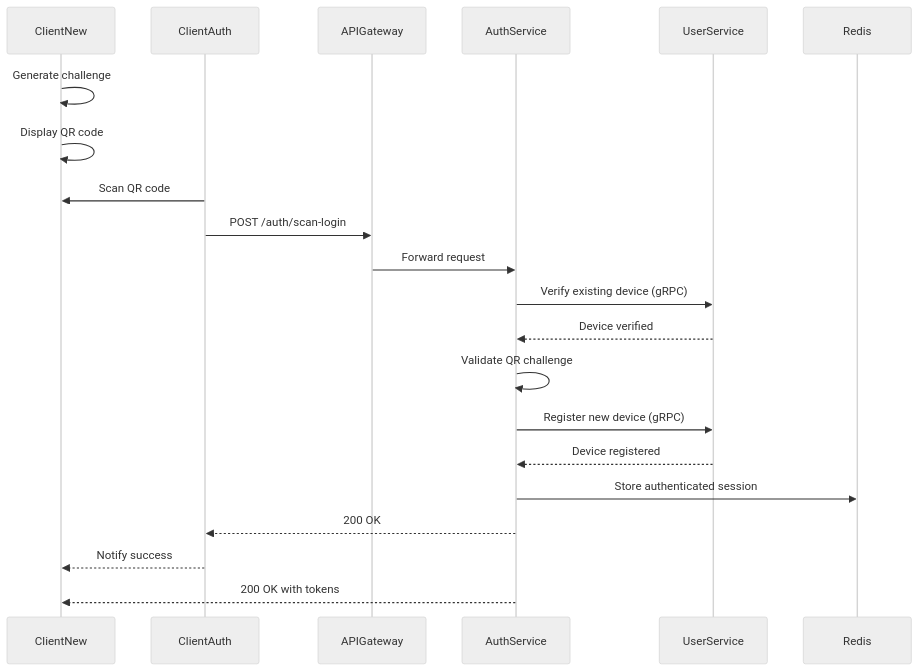
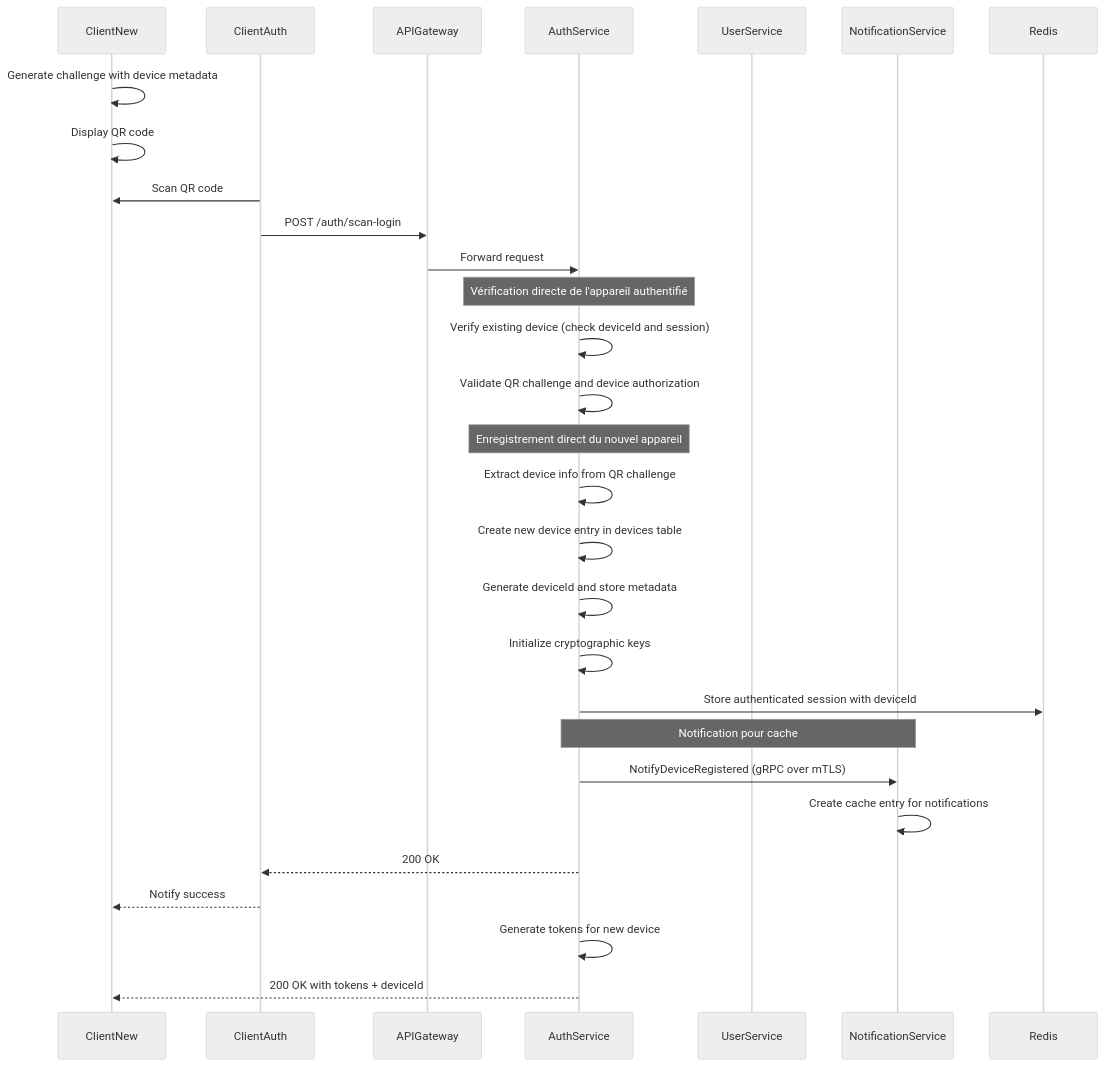
Before and after one commit to whispr-messenger/auth-service: the fourth of 4 diagrams in documentation/2_fonctional_specs/1_authentication.md, drawn with Mermaid (neutral theme). The commit also changed other lines of this file and 4 other files, not shown here.

Commit message:
📝 Update devices data managed by auth service

````diff
--- a/documentation/2_fonctional_specs/1_authentication.md
+++ b/documentation/2_fonctional_specs/1_authentication.md
@@ -197,24 +316,38 @@
 ```mermaid
 sequenceDiagram
     participant ClientNew
     participant ClientAuth
     participant APIGateway
     participant AuthService
     participant UserService
+    participant NotificationService
     participant Redis
     
-    ClientNew->>ClientNew: Generate challenge
+    ClientNew->>ClientNew: Generate challenge with device metadata
     ClientNew->>ClientNew: Display QR code
     ClientAuth->>ClientNew: Scan QR code
     ClientAuth->>APIGateway: POST /auth/scan-login
     APIGateway->>AuthService: Forward request
-    AuthService->>UserService: Verify existing device (gRPC)
-    UserService-->>AuthService: Device verified
-    AuthService->>AuthService: Validate QR challenge
-    AuthService->>UserService: Register new device (gRPC)
-    UserService-->>AuthService: Device registered
-    AuthService->>Redis: Store authenticated session
+    
+    Note over AuthService: Vérification directe de l'appareil authentifié
+    AuthService->>AuthService: Verify existing device (check deviceId and session)
+    AuthService->>AuthService: Validate QR challenge and device authorization
+    
+    Note over AuthService: Enregistrement direct du nouvel appareil
+    AuthService->>AuthService: Extract device info from QR challenge
+    AuthService->>AuthService: Create new device entry in devices table
+    AuthService->>AuthService: Generate deviceId and store metadata
+    AuthService->>AuthService: Initialize cryptographic keys
+    
+    AuthService->>Redis: Store authenticated session with deviceId
+    
+    Note over AuthService,NotificationService: Notification pour cache
+    AuthService->>NotificationService: NotifyDeviceRegistered (gRPC over mTLS)
+    NotificationService->>NotificationService: Create cache entry for notifications
+    
     AuthService-->>ClientAuth: 200 OK
     ClientAuth-->>ClientNew: Notify success
-    AuthService-->>ClientNew: 200 OK with tokens
+    
+    AuthService->>AuthService: Generate tokens for new device
+    AuthService-->>ClientNew: 200 OK with tokens + deviceId
 ```
````
